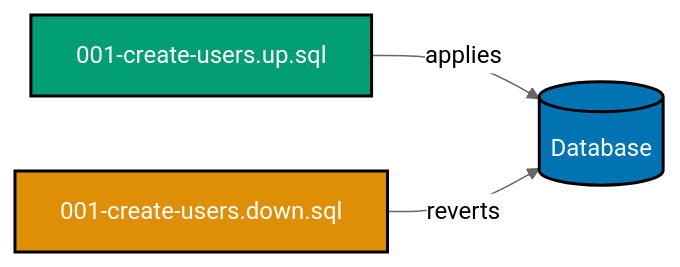
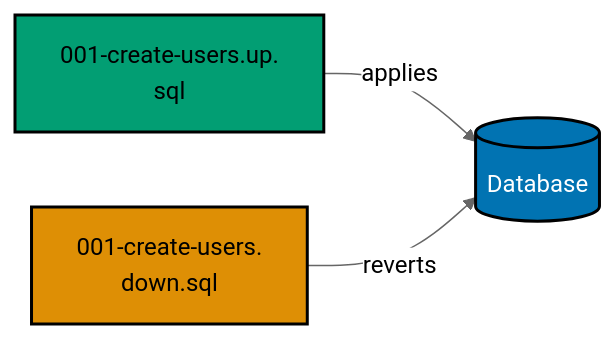
One commit to wahidyankf/ose-public changed the second of 4 diagrams in apps/ayokoding-www/content/en/learn/legacy/software-engineering/data/tools/clojure-migratus/by-example/beginner.md. Above: the diagram before and after it, drawn with Mermaid (neutral theme). The commit also changed other lines of this file and 131 other files, not shown here.

First line of the commit message:
fix(mermaid): bring the legacy data, infrastructure, and testing diagrams onto the accessible palette

````diff
--- a/apps/ayokoding-www/content/en/learn/legacy/software-engineering/data/tools/clojure-migratus/by-example/beginner.md
+++ b/apps/ayokoding-www/content/en/learn/legacy/software-engineering/data/tools/clojure-migratus/by-example/beginner.md
@@ -67,11 +73,17 @@
 ```mermaid
 %% Color Palette: Blue #0173B2, Orange #DE8F05, Teal #029E73, Purple #CC78BC, Brown #CA9161
 %% Migration pair relationship
 graph LR
-    A[001-create-users.up.sql] -->|applies| B[(Database)]
-    C[001-create-users.down.sql] -->|reverts| B
+    accTitle: Example 2: First Migration Pair
+    accDescr: Graph with 3 nodes and 2 connections. Nodes: 001-create-users.up. sql, Database, 001-create-users. down.sql. Connections: 001-create-users.up. sql to Database (applies), 001-create-users. down.sql to Database (reverts).
+    A[001-create-users.up.<br/>sql] -->|applies| B[(Database)]
+    C[001-create-users.<br/>down.sql] -->|reverts| B
 
-    style A fill:#029E73,stroke:#000000,color:#FFFFFF,stroke-width:2px
-    style B fill:#0173B2,stroke:#000000,color:#FFFFFF,stroke-width:2px
-    style C fill:#DE8F05,stroke:#000000,color:#FFFFFF,stroke-width:2px
+    classDef pal-029E73 fill:#029E73,stroke:#000000,color:#000000,stroke-width:2px
+    class A pal-029E73
+    classDef pal-0173B2 fill:#0173B2,stroke:#000000,color:#FFFFFF,stroke-width:2px
+    class B pal-0173B2
+    classDef pal-DE8F05 fill:#DE8F05,stroke:#000000,color:#000000,stroke-width:2px
+    class C pal-DE8F05
+    classDef default fill:#FFFFFF,stroke:#000000,color:#000000
 ```
````
